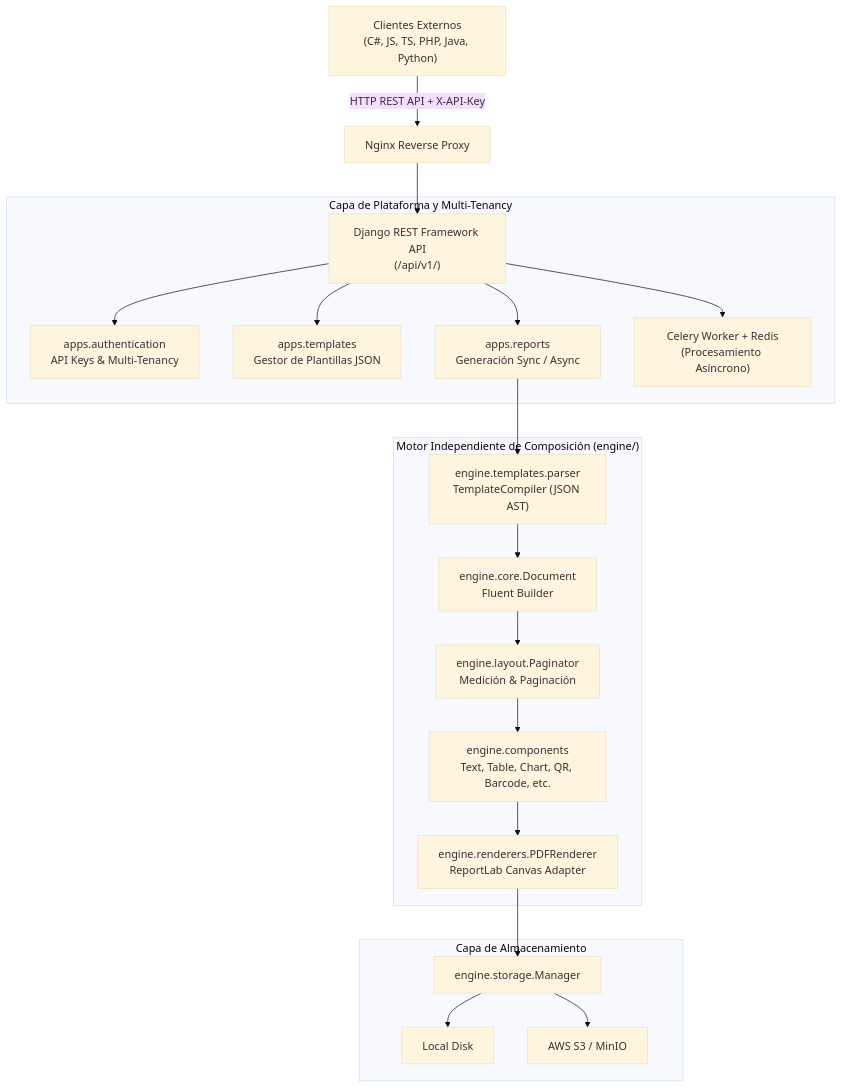
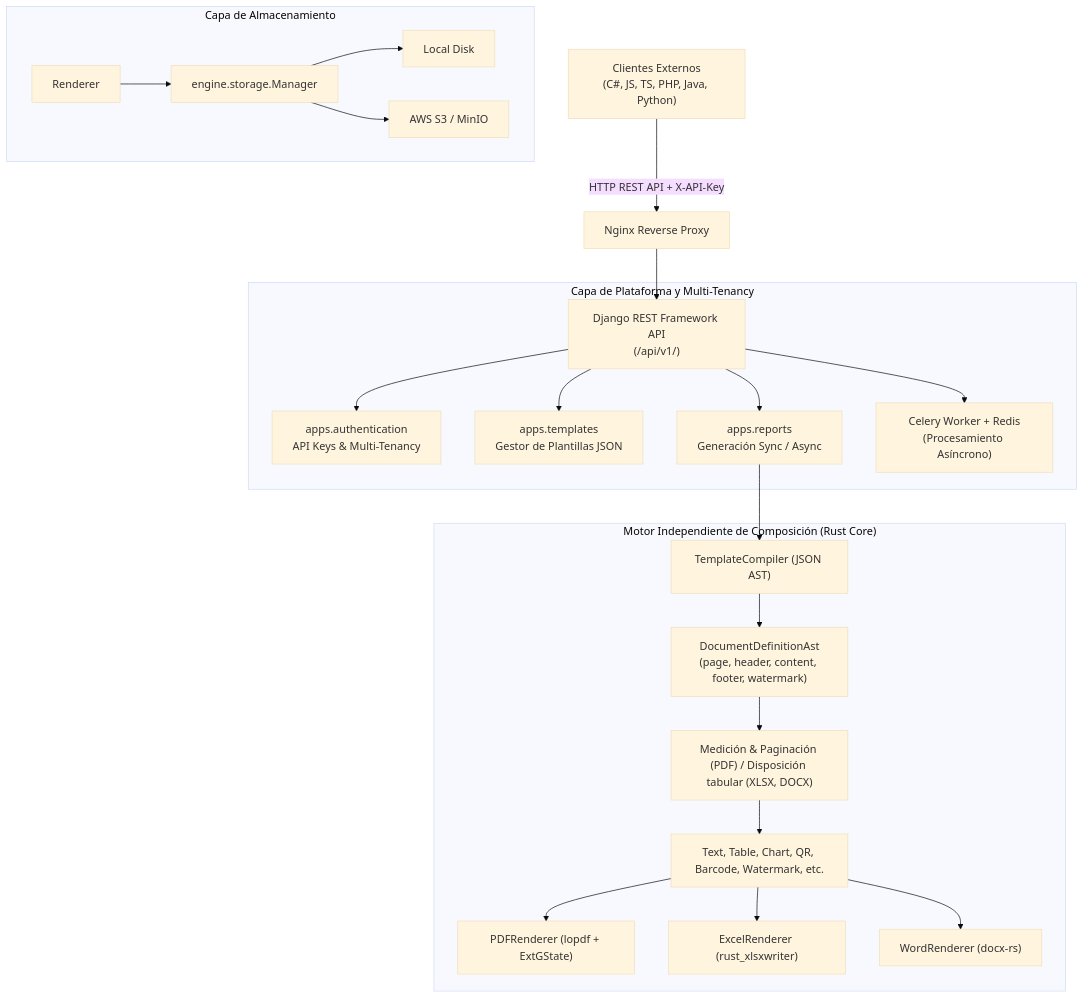
Before and after one commit to CodePro47RD/FlowPDF: the diagram in docs/ARCHITECTURE.md, drawn with Mermaid (base theme). The commit also changed 20 other files, not shown here.

First line of the commit message:
feat: add support for floating watermarks in PDF and implement Excel and Word document rendering

````diff
--- a/docs/ARCHITECTURE.md
+++ b/docs/ARCHITECTURE.md
@@ -7,26 +7,28 @@
 ```mermaid
 flowchart TD
     Client["Clientes Externos<br/>(C#, JS, TS, PHP, Java, Python)"] -->|HTTP REST API + X-API-Key| Gateway["Nginx Reverse Proxy"]
     Gateway --> DRF["Django REST Framework API<br/>(/api/v1/)"]
     
     subgraph Django_Layer["Capa de Plataforma y Multi-Tenancy"]
         DRF --> Auth["apps.authentication<br/>API Keys & Multi-Tenancy"]
         DRF --> Tpl["apps.templates<br/>Gestor de Plantillas JSON"]
         DRF --> Rep["apps.reports<br/>Generación Sync / Async"]
         DRF --> Celery["Celery Worker + Redis<br/>(Procesamiento Asíncrono)"]
     end
 
-    subgraph Engine_Layer["Motor Independiente de Composición (engine/)"]
-        Rep --> Compiler["engine.templates.parser<br/>TemplateCompiler (JSON AST)"]
-        Compiler --> Doc["engine.core.Document<br/>Fluent Builder"]
-        Doc --> Paginator["engine.layout.Paginator<br/>Medición & Paginación"]
-        Paginator --> Components["engine.components<br/>Text, Table, Chart, QR, Barcode, etc."]
-        Components --> Renderer["engine.renderers.PDFRenderer<br/>ReportLab Canvas Adapter"]
+    subgraph Engine_Layer["Motor Independiente de Composición (Rust Core)"]
+        Rep --> Compiler["TemplateCompiler (JSON AST)"]
+        Compiler --> Doc["DocumentDefinitionAst<br/>(page, header, content, footer, watermark)"]
+        Doc --> Paginator["Medición & Paginación (PDF) / Disposición tabular (XLSX, DOCX)"]
+        Paginator --> Components["Text, Table, Chart, QR, Barcode, Watermark, etc."]
+        Components --> PDFRenderer["PDFRenderer (lopdf + ExtGState)"]
+        Components --> ExcelRenderer["ExcelRenderer (rust_xlsxwriter)"]
+        Components --> WordRenderer["WordRenderer (docx-rs)"]
     end
 
     subgraph Storage_Layer["Capa de Almacenamiento"]
         Renderer --> StorageManager["engine.storage.Manager"]
         StorageManager --> LocalStorage["Local Disk"]
         StorageManager --> S3Storage["AWS S3 / MinIO"]
     end
 ```
````
